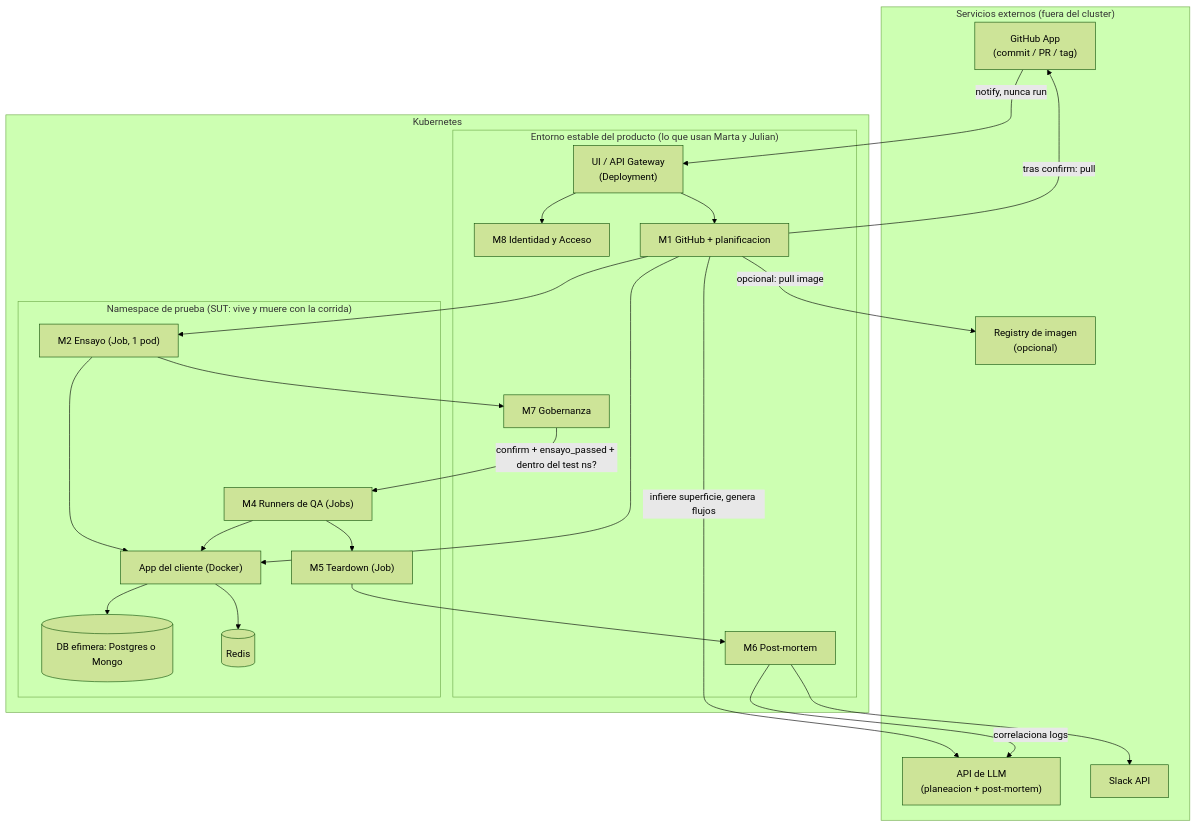
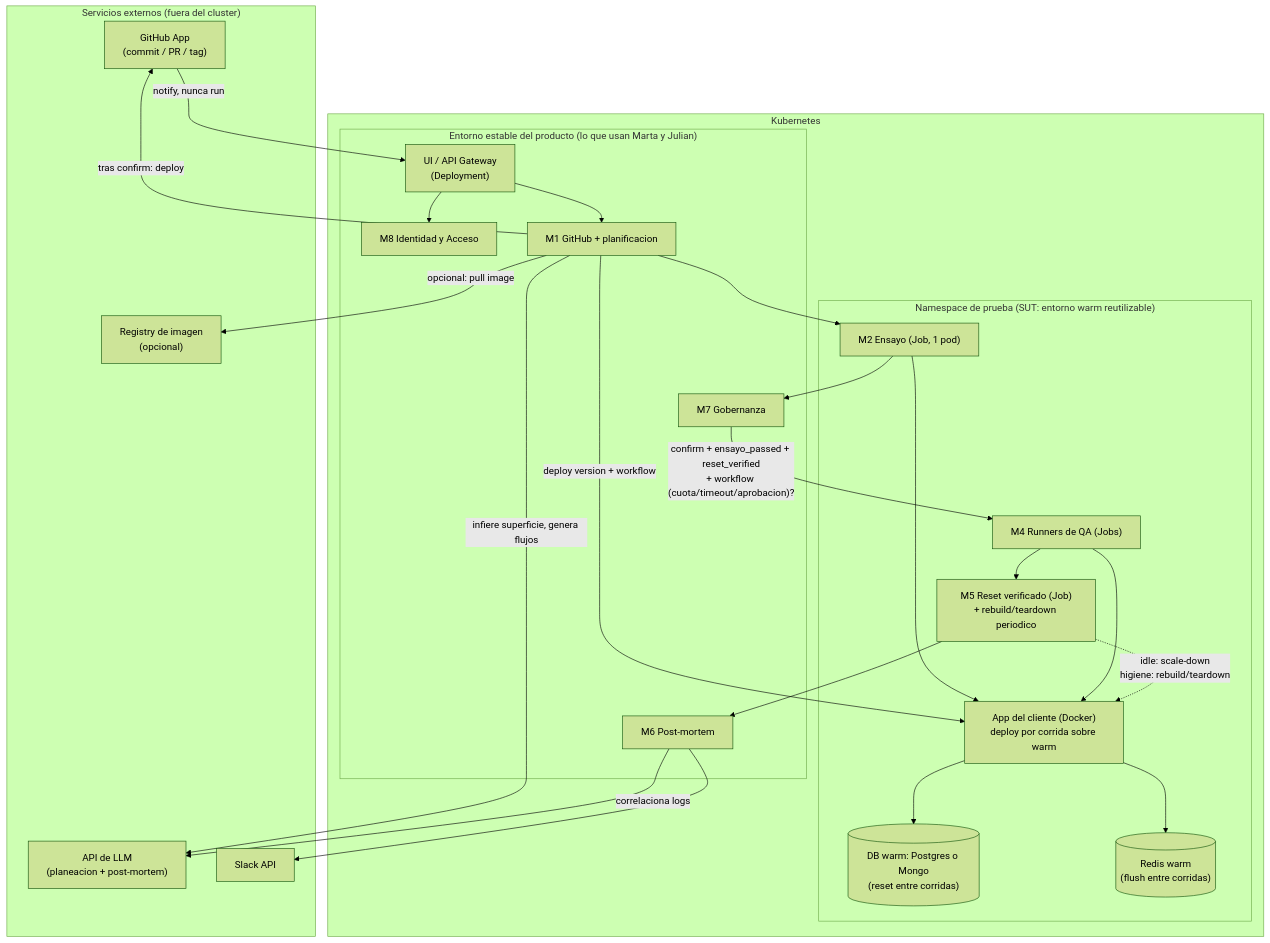
One commit to ogaston/agentic-qa-swarm changed the fifth of 6 diagrams in specs/prd.md. Above: the diagram before and after it, drawn with Mermaid (forest theme). The commit also changed other lines of this file and 3 other files, not shown here.

````diff
--- a/specs/prd.md
+++ b/specs/prd.md
@@ -431,47 +442,48 @@
 ```mermaid
 flowchart TB
     subgraph EXT["Servicios externos (fuera del cluster)"]
         LLM["API de LLM<br/>(planeacion + post-mortem)"]
         SLACK["Slack API"]
         GH["GitHub App<br/>(commit / PR / tag)"]
         REG["Registry de imagen<br/>(opcional)"]
     end
 
     subgraph K8S["Kubernetes"]
         subgraph STABLE["Entorno estable del producto (lo que usan Marta y Julian)"]
             UI["UI / API Gateway<br/>(Deployment)"]
             AUTH["M8 Identidad y Acceso"]
             PLAN["M1 GitHub + planificacion"]
             GOV["M7 Gobernanza"]
             REPORT["M6 Post-mortem"]
         end
 
-        subgraph TESTNS["Namespace de prueba (SUT: vive y muere con la corrida)"]
-            APP["App del cliente (Docker)"]
+        subgraph TESTNS["Namespace de prueba (SUT: entorno warm reutilizable)"]
+            APP["App del cliente (Docker)<br/>deploy por corrida sobre warm"]
             REHEARSAL["M2 Ensayo (Job, 1 pod)"]
             RUNNERS["M4 Runners de QA (Jobs)"]
-            TEARDOWN["M5 Teardown (Job)"]
-            DB[("DB efimera: Postgres o Mongo")]
-            CACHE[("Redis")]
+            RESET["M5 Reset verificado (Job)<br/>+ rebuild/teardown periodico"]
+            DB[("DB warm: Postgres o Mongo<br/>(reset entre corridas)")]
+            CACHE[("Redis warm<br/>(flush entre corridas)")]
         end
     end
 
     GH -->|"notify, nunca run"| UI
     UI --> AUTH
     UI --> PLAN
-    PLAN -->|"tras confirm: pull"| GH
+    PLAN -->|"tras confirm: deploy"| GH
     PLAN -->|"opcional: pull image"| REG
     PLAN -->|"infiere superficie, genera flujos"| LLM
-    PLAN --> APP
+    PLAN -->|"deploy version + workflow"| APP
     APP --> DB
     APP --> CACHE
     PLAN --> REHEARSAL
     REHEARSAL --> APP
     REHEARSAL --> GOV
-    GOV -->|"confirm + ensayo_passed + dentro del test ns?"| RUNNERS
+    GOV -->|"confirm + ensayo_passed + reset_verified<br/>+ workflow (cuota/timeout/aprobacion)?"| RUNNERS
     RUNNERS --> APP
-    RUNNERS --> TEARDOWN
-    TEARDOWN --> REPORT
+    RUNNERS --> RESET
+    RESET --> REPORT
+    RESET -.->|"idle: scale-down<br/>higiene: rebuild/teardown"| APP
     REPORT -->|"correlaciona logs"| LLM
     REPORT --> SLACK
 ```
````
